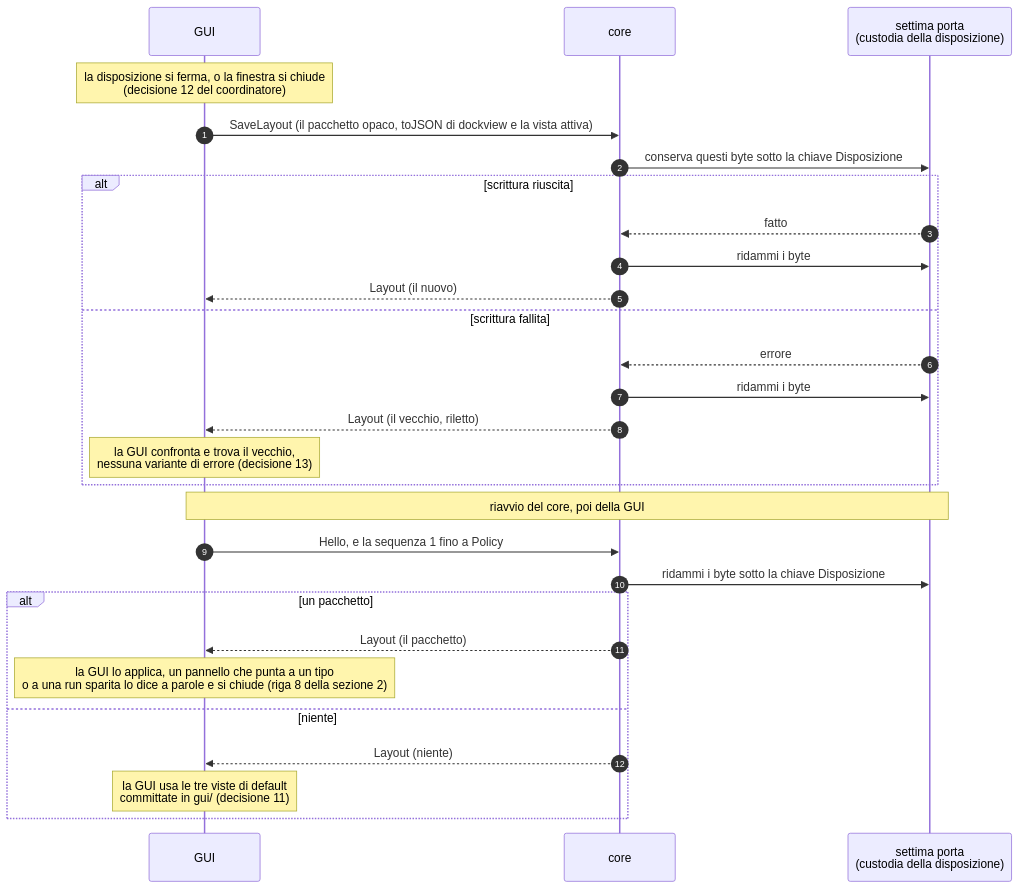
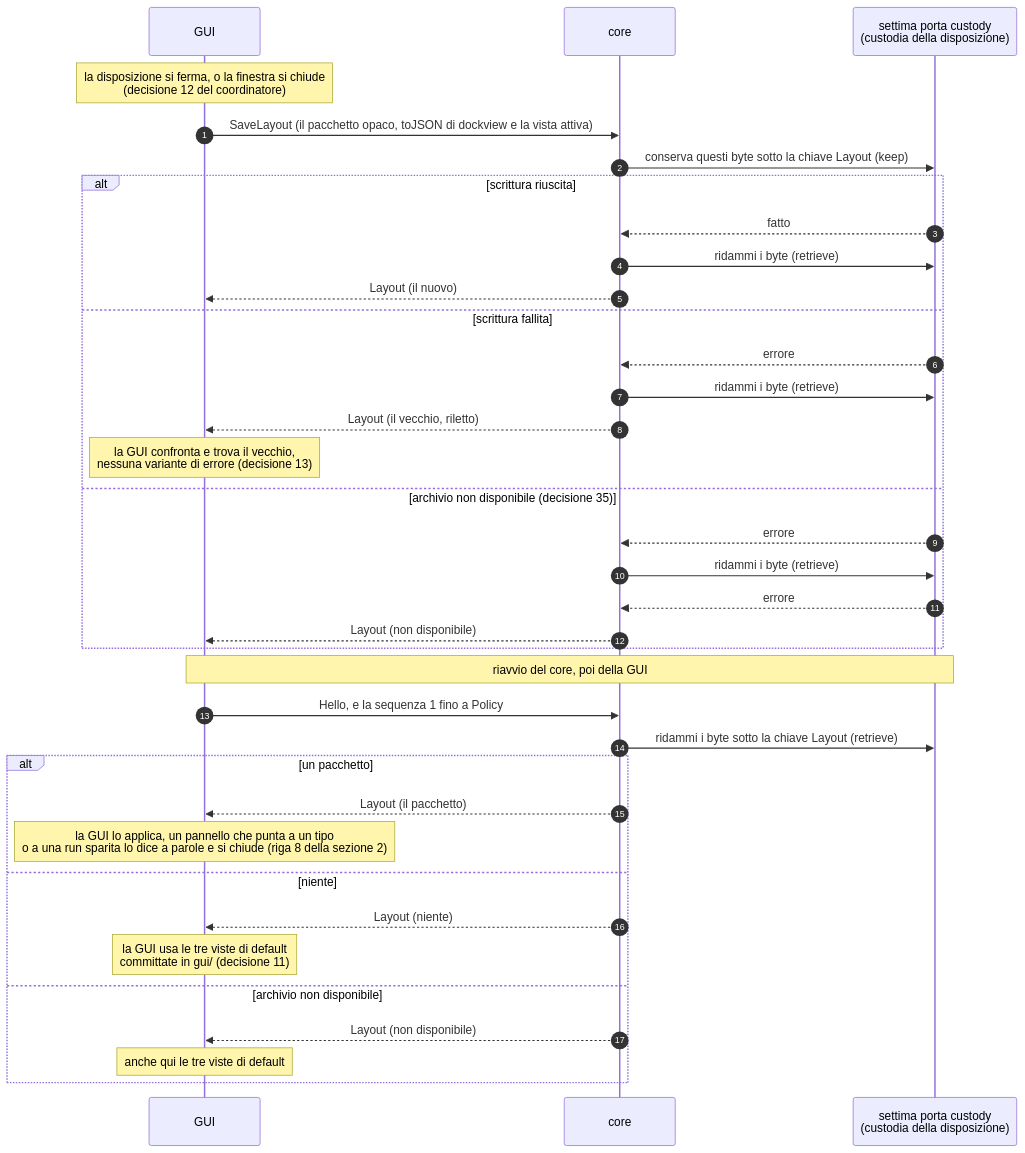
Before and after one commit to devfrx/daemon: the second of 3 diagrams in docs/superpowers/specs/2026-09-07-direzione-gui-design.md, drawn with Mermaid. The commit also changed other lines of this file and 1 other file, not shown here.

First line of the commit message:
audit(2026-09-30): La stella polare della GUI e il wireframe del nucleo

````diff
--- a/docs/superpowers/specs/2026-09-07-direzione-gui-design.md
+++ b/docs/superpowers/specs/2026-09-07-direzione-gui-design.md
@@ -257,30 +274,38 @@
 ```mermaid
 sequenceDiagram
     autonumber
     participant G as GUI
     participant C as core
-    participant P as settima porta<br/>(custodia della disposizione)
+    participant P as settima porta custody<br/>(custodia della disposizione)
     Note over G: la disposizione si ferma, o la finestra si chiude<br/>(decisione 12 del coordinatore)
     G->>C: SaveLayout (il pacchetto opaco, toJSON di dockview e la vista attiva)
-    C->>P: conserva questi byte sotto la chiave Disposizione
+    C->>P: conserva questi byte sotto la chiave Layout (keep)
     alt scrittura riuscita
         P-->>C: fatto
-        C->>P: ridammi i byte
+        C->>P: ridammi i byte (retrieve)
         C-->>G: Layout (il nuovo)
     else scrittura fallita
         P-->>C: errore
-        C->>P: ridammi i byte
+        C->>P: ridammi i byte (retrieve)
         C-->>G: Layout (il vecchio, riletto)
         Note over G: la GUI confronta e trova il vecchio,<br/>nessuna variante di errore (decisione 13)
+    else archivio non disponibile (decisione 35)
+        P-->>C: errore
+        C->>P: ridammi i byte (retrieve)
+        P-->>C: errore
+        C-->>G: Layout (non disponibile)
     end
     Note over G,P: riavvio del core, poi della GUI
     G->>C: Hello, e la sequenza 1 fino a Policy
-    C->>P: ridammi i byte sotto la chiave Disposizione
+    C->>P: ridammi i byte sotto la chiave Layout (retrieve)
     alt un pacchetto
         C-->>G: Layout (il pacchetto)
         Note over G: la GUI lo applica, un pannello che punta a un tipo<br/>o a una run sparita lo dice a parole e si chiude (riga 8 della sezione 2)
     else niente
         C-->>G: Layout (niente)
         Note over G: la GUI usa le tre viste di default<br/>committate in gui/ (decisione 11)
+    else archivio non disponibile
+        C-->>G: Layout (non disponibile)
+        Note over G: anche qui le tre viste di default
     end
 ```
````
